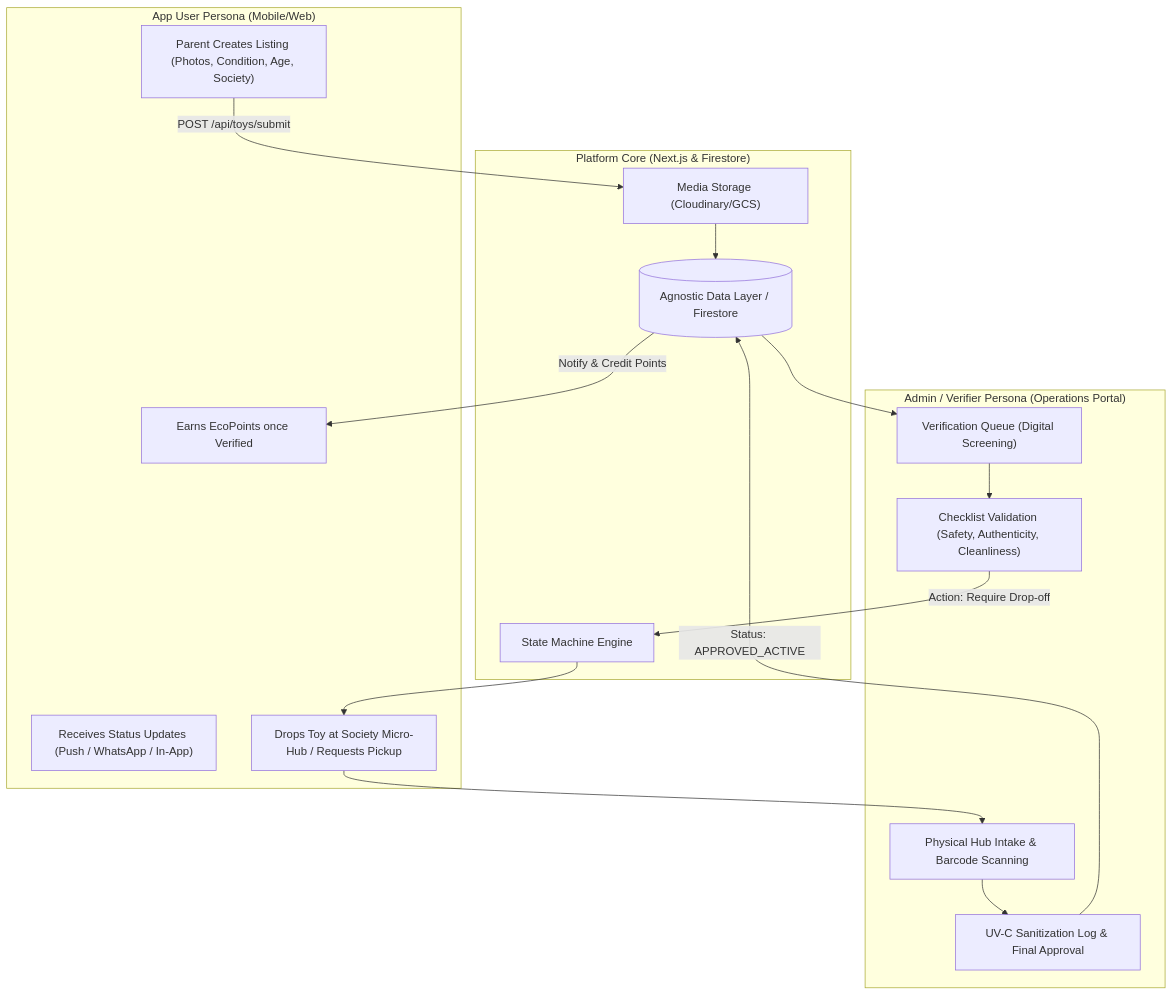
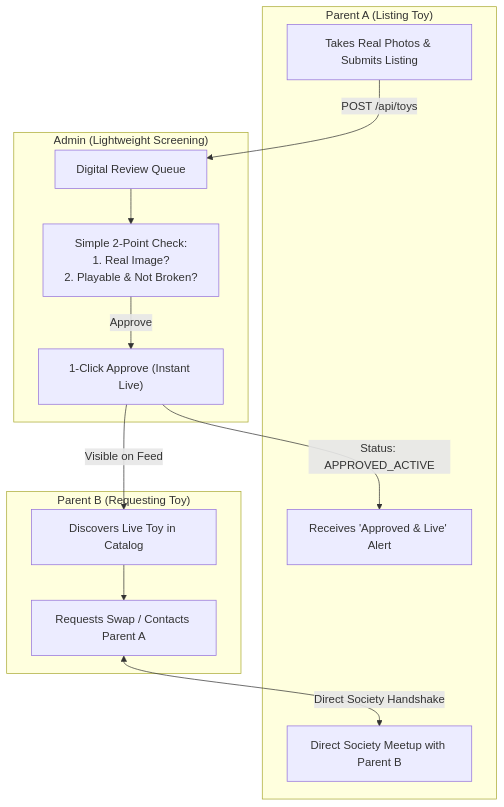
Before and after one commit to mayurnemade7/Toy_PromoteAndExhange: the first of 3 diagrams in docs/architecture/high_level_design_user_flow.md, drawn with Mermaid. The commit also changed other lines of this file, not shown here.

Commit message:
docs: Refactor HLD to lean P2P community model with simple 2-point digital verification

````diff
--- a/docs/architecture/high_level_design_user_flow.md
+++ b/docs/architecture/high_level_design_user_flow.md
@@ -19,33 +24,27 @@
 ```mermaid
 graph TD
-    subgraph "App User Persona (Mobile/Web)"
-        U1["Parent Creates Listing (Photos, Condition, Age, Society)"]
-        U2["Receives Status Updates (Push / WhatsApp / In-App)"]
-        U3["Drops Toy at Society Micro-Hub / Requests Pickup"]
-        U4["Earns EcoPoints once Verified"]
+    subgraph "Parent A (Listing Toy)"
+        U1["Takes Real Photos & Submits Listing"]
+        U2["Receives 'Approved & Live' Alert"]
+        U3["Direct Society Meetup with Parent B"]
     end
 
-    subgraph "Admin / Verifier Persona (Operations Portal)"
-        A1["Verification Queue (Digital Screening)"]
-        A2["Checklist Validation (Safety, Authenticity, Cleanliness)"]
-        A3["Physical Hub Intake & Barcode Scanning"]
-        A4["UV-C Sanitization Log & Final Approval"]
+    subgraph "Admin (Lightweight Screening)"
+        A1["Digital Review Queue"]
+        A2["Simple 2-Point Check:<br/>1. Real Image?<br/>2. Playable & Not Broken?"]
+        A3["1-Click Approve (Instant Live)"]
     end
 
-    subgraph "Platform Core (Next.js & Firestore)"
-        DB[("Agnostic Data Layer / Firestore")]
-        SM["State Machine Engine"]
-        Storage["Media Storage (Cloudinary/GCS)"]
+    subgraph "Parent B (Requesting Toy)"
+        U4["Discovers Live Toy in Catalog"]
+        U5["Requests Swap / Contacts Parent A"]
     end
 
-    U1 -->|POST /api/toys/submit| Storage
-    Storage --> DB
-    DB --> A1
+    U1 -->|POST /api/toys| A1
     A1 --> A2
-    A2 -->|Action: Require Drop-off| SM
-    SM --> U3
-    U3 --> A3
-    A3 --> A4
-    A4 -->|Status: APPROVED_ACTIVE| DB
-    DB -->|Notify & Credit Points| U4
+    A2 -->|Approve| A3
+    A3 -->|Status: APPROVED_ACTIVE| U2
+    A3 -->|Visible on Feed| U4
+    U4 --> U5
+    U5 <-->|Direct Society Handshake| U3
 ```
````
